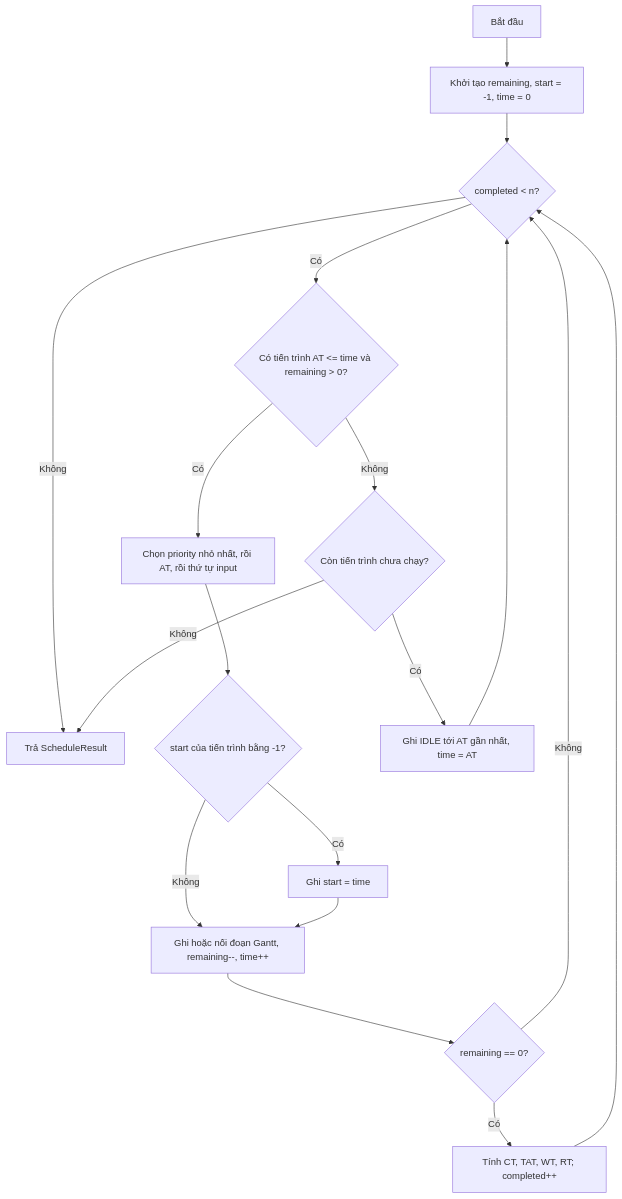
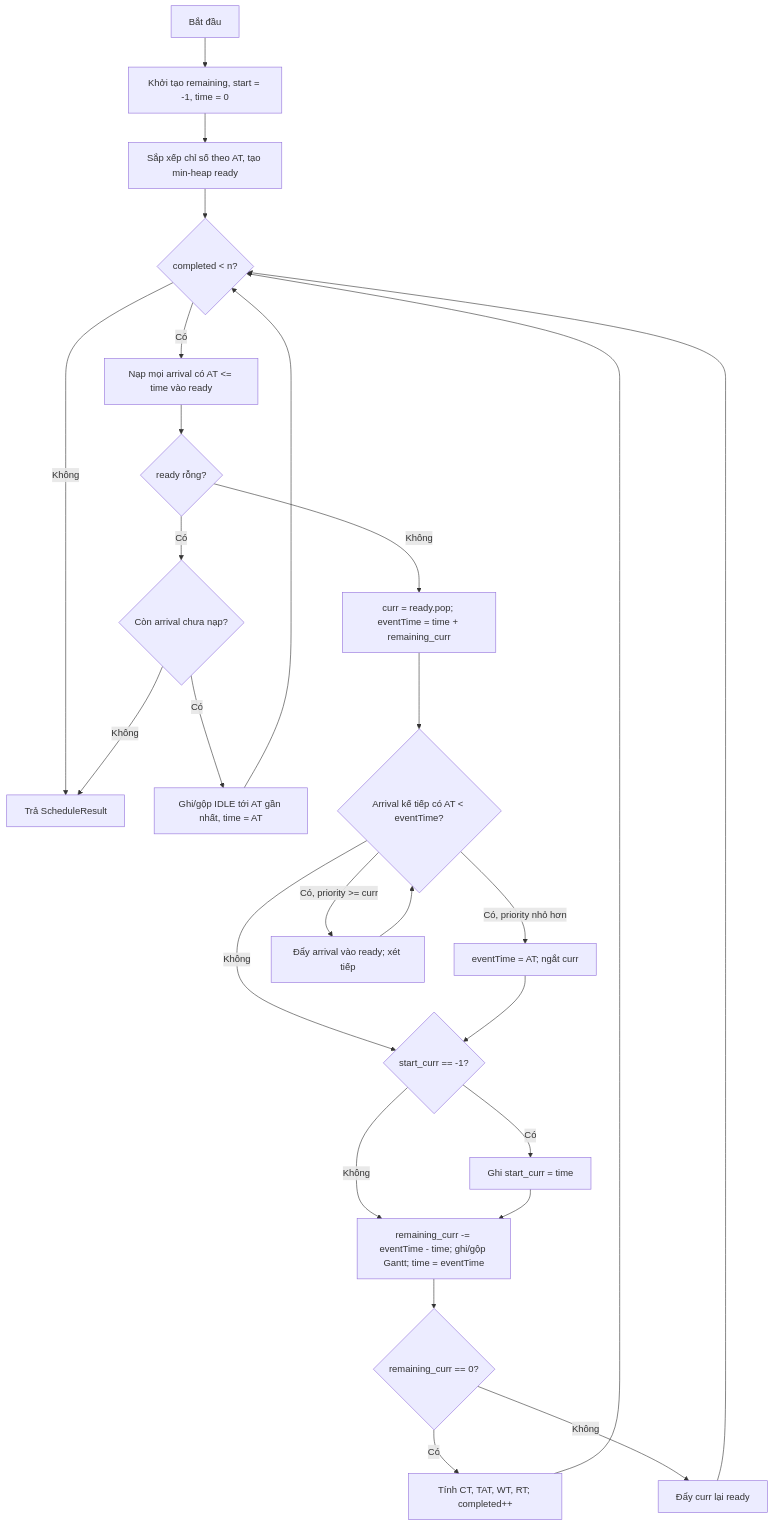
Before and after one commit to Hhanguu/PriorityScheduling: the second of 2 diagrams in docs/algorithms.md, drawn with Mermaid. The commit also changed other lines of this file and 4 other files, not shown here.

````diff
--- a/docs/algorithms.md
+++ b/docs/algorithms.md
@@ -137,20 +155,28 @@
 ```mermaid
 flowchart TD
     A[Bắt đầu] --> B[Khởi tạo remaining, start = -1, time = 0]
-    B --> C{completed < n?}
+    B --> B2[Sắp xếp chỉ số theo AT, tạo min-heap ready]
+    B2 --> C{completed < n?}
     C -- Không --> Z[Trả ScheduleResult]
-    C -- Có --> D{Có tiến trình AT <= time và remaining > 0?}
-    D -- Có --> E[Chọn priority nhỏ nhất, rồi AT, rồi thứ tự input]
-    E --> F{start của tiến trình bằng -1?}
-    F -- Có --> G[Ghi start = time]
-    F -- Không --> H
-    G --> H[Ghi hoặc nối đoạn Gantt, remaining--, time++]
-    H --> I{remaining == 0?}
-    I -- Có --> J[Tính CT, TAT, WT, RT; completed++]
-    I -- Không --> C
-    J --> C
-    D -- Không --> K{Còn tiến trình chưa chạy?}
-    K -- Có --> L[Ghi IDLE tới AT gần nhất, time = AT]
+    C -- Có --> D[Nạp mọi arrival có AT <= time vào ready]
+    D --> E{ready rỗng?}
+    E -- Có --> K{Còn arrival chưa nạp?}
+    K -- Có --> L[Ghi/gộp IDLE tới AT gần nhất, time = AT]
     L --> C
     K -- Không --> Z
+    E -- Không --> F[curr = ready.pop; eventTime = time + remaining_curr]
+    F --> G{Arrival kế tiếp có AT < eventTime?}
+    G -- Có, priority nhỏ hơn --> H[eventTime = AT; ngắt curr]
+    G -- Có, priority >= curr --> I[Đẩy arrival vào ready; xét tiếp]
+    I --> G
+    G -- Không --> J{start_curr == -1?}
+    H --> J
+    J -- Có --> J2[Ghi start_curr = time]
+    J -- Không --> M
+    J2 --> M[remaining_curr -= eventTime - time; ghi/gộp Gantt; time = eventTime]
+    M --> N{remaining_curr == 0?}
+    N -- Có --> O[Tính CT, TAT, WT, RT; completed++]
+    N -- Không --> P[Đẩy curr lại ready]
+    O --> C
+    P --> C
 ```
````
